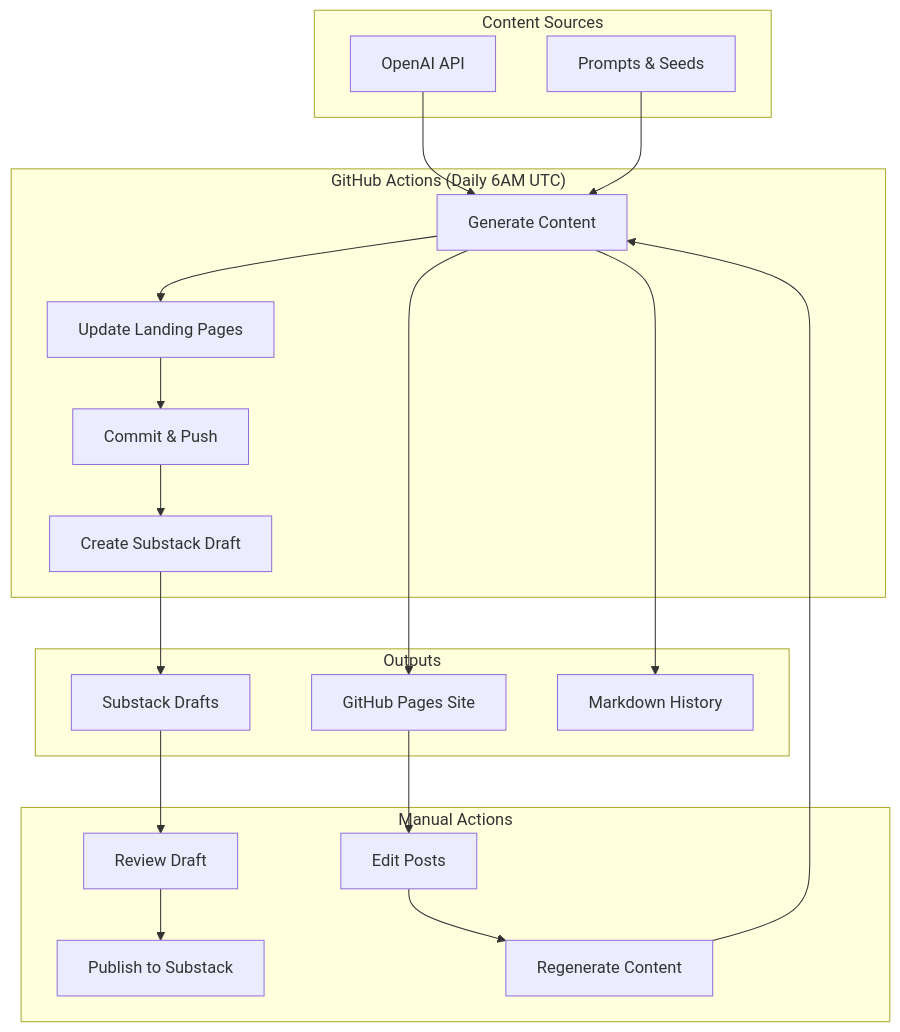
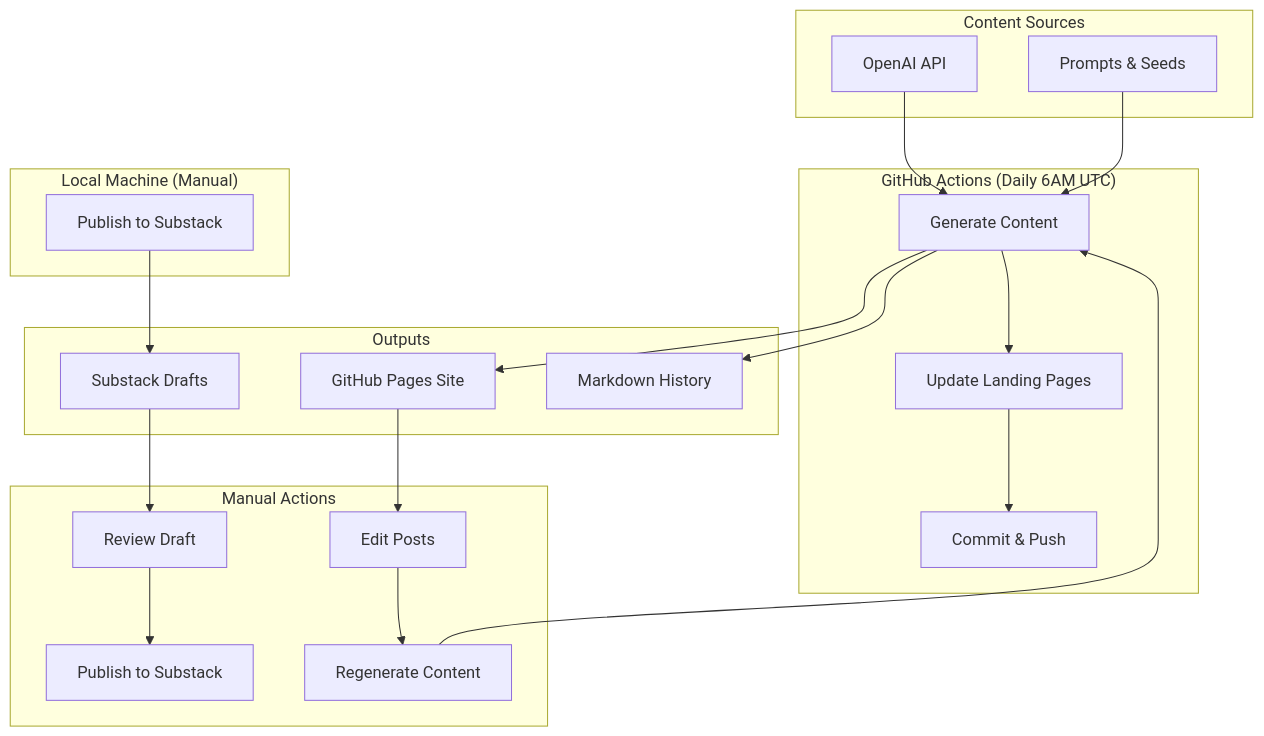
One commit to obscurebit/b1ts changed the first of 6 diagrams in SYSTEM_DESIGN.md. Above: the diagram before and after it, drawn with Mermaid. The commit also changed other lines of this file and 1 other file, not shown here.

Commit message:
docs: Update system design for local-only Substack publishing (Cloudflare blocks CI)

````diff
--- a/SYSTEM_DESIGN.md
+++ b/SYSTEM_DESIGN.md
@@ -9,32 +9,35 @@
 ```mermaid
 graph TB
     subgraph "GitHub Actions (Daily 6AM UTC)"
         A[Generate Content] --> B[Update Landing Pages]
         B --> C[Commit & Push]
-        C --> D[Create Substack Draft]
+    end
+    
+    subgraph "Local Machine (Manual)"
+        D[Publish to Substack]
     end
     
     subgraph "Content Sources"
         E[OpenAI API] --> A
         F[Prompts & Seeds] --> A
     end
     
     subgraph "Outputs"
         G[GitHub Pages Site]
         H[Substack Drafts]
         I[Markdown History]
     end
     
     A --> G
     A --> I
     D --> H
     
     subgraph "Manual Actions"
         J[Review Draft] --> K[Publish to Substack]
         L[Edit Posts] --> M[Regenerate Content]
     end
     
     H --> J
     G --> L
     M --> A
 ```
````
